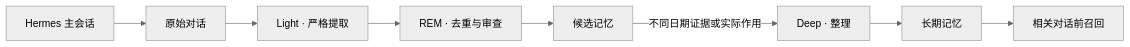
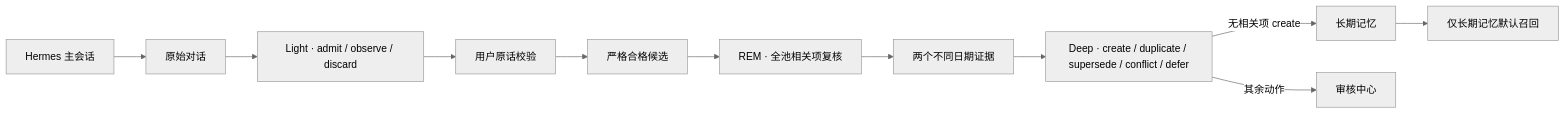
One commit to B1ackHand666/B1ack-Memory changed the diagram in README.md. Above: the diagram before and after it, drawn with Mermaid (neutral theme). The commit also changed other lines of this file and 32 other files, not shown here.

````diff
--- a/README.md
+++ b/README.md
@@ -112,10 +128,13 @@
 ```mermaid
 flowchart LR
     A["Hermes 主会话"] --> B["原始对话"]
-    B --> C["Light · 严格提取"]
-    C --> D["REM · 去重与审查"]
-    D --> E["候选记忆"]
-    E -->|"不同日期证据或实际作用"| F["Deep · 整理"]
-    F --> G["长期记忆"]
-    G --> H["相关对话前召回"]
+    B --> C["Light · admit / observe / discard"]
+    C --> D["用户原话校验"]
+    D --> E["严格合格候选"]
+    E --> F["REM · 全池相关项复核"]
+    F --> G["两个不同日期证据"]
+    G --> H["Deep · create / duplicate / supersede / conflict / defer"]
+    H -->|"无相关项 create"| I["长期记忆"]
+    H -->|"其余动作"| J["审核中心"]
+    I --> K["仅长期记忆默认召回"]
 ```
````
